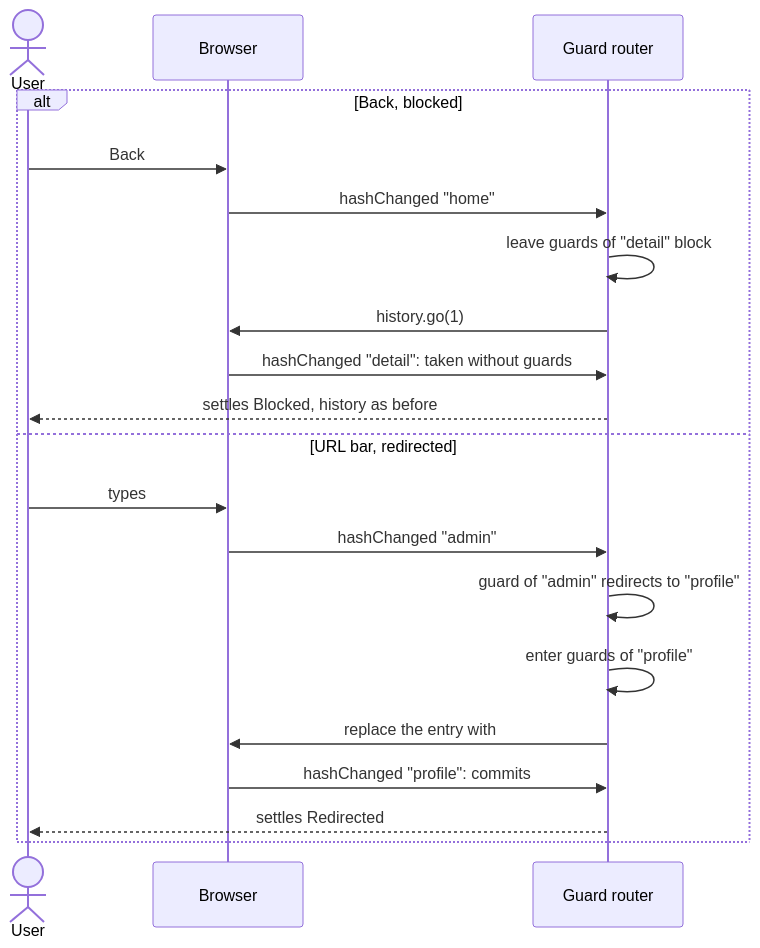
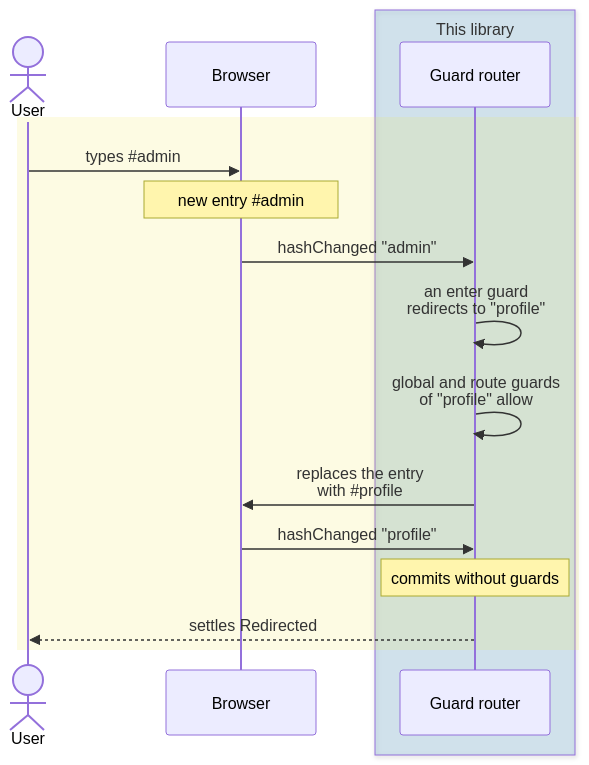
Before and after one commit to wridgeu/ui5-lib-guard-router: the eighth of 9 diagrams in packages/lib/README.md, drawn with Mermaid. The commit also changed other lines of this file and 202 other files, not shown here.

````diff
--- a/packages/lib/README.md
+++ b/packages/lib/README.md
@@ -1109,22 +1091,19 @@
 ```mermaid
 sequenceDiagram
     actor User
     participant Browser
-    participant Router as Guard router
-    alt Back, blocked
-        User->>Browser: Back
-        Browser->>Router: hashChanged "home"
-        Router->>Router: leave guards of "detail" block
-        Router->>Browser: history.go(1)
-        Browser->>Router: hashChanged "detail": taken without guards
-        Router-->>User: settles Blocked, history as before
-    else URL bar, redirected
-        User->>Browser: types #admin (new entry)
+    box rgba(0, 114, 178, 0.15) This library
+        participant Router as Guard router
+    end
+    rect rgba(240, 228, 66, 0.15)
+        User->>Browser: types #35;admin
+        Note over Browser: new entry #35;admin
         Browser->>Router: hashChanged "admin"
-        Router->>Router: guard of "admin" redirects to "profile"
-        Router->>Router: enter guards of "profile"
-        Router->>Browser: replace the entry with #profile
-        Browser->>Router: hashChanged "profile": commits
+        Router->>Router: an enter guard<br/>redirects to "profile"
+        Router->>Router: global and route guards<br/>of "profile" allow
+        Router->>Browser: replaces the entry<br/>with #35;profile
+        Browser->>Router: hashChanged "profile"
+        Note over Router: commits without guards
         Router-->>User: settles Redirected
     end
 ```
````
